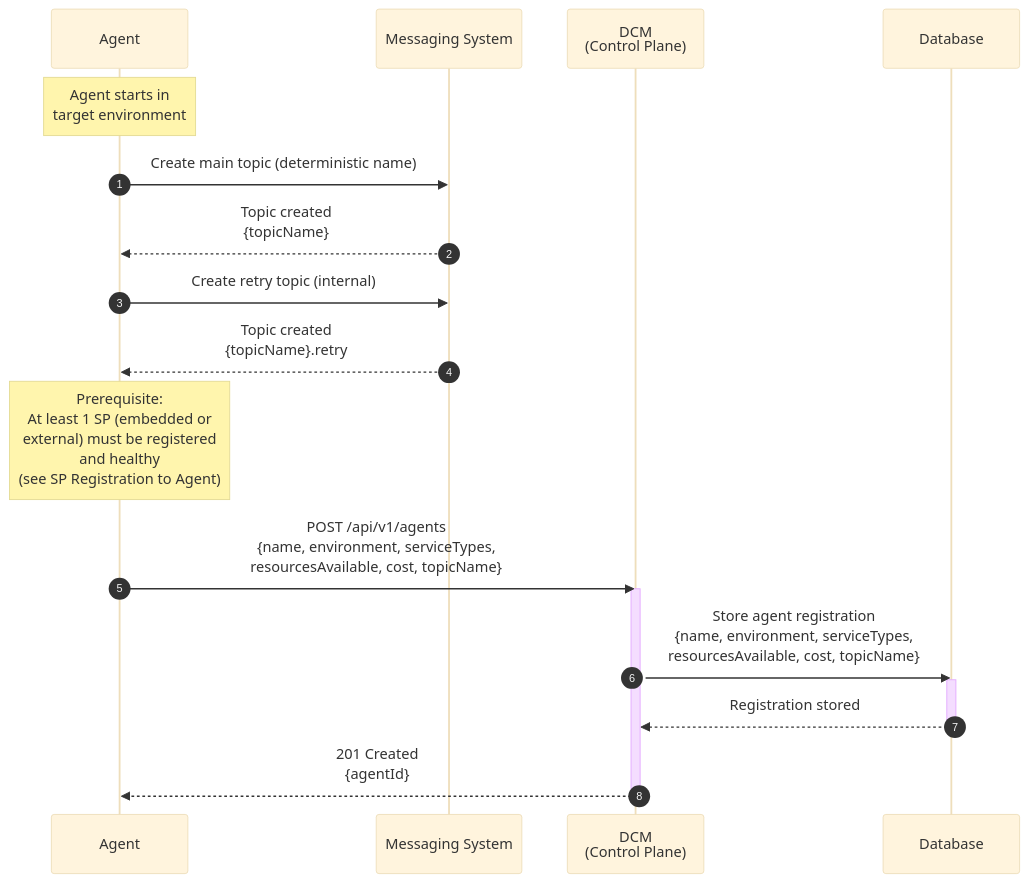
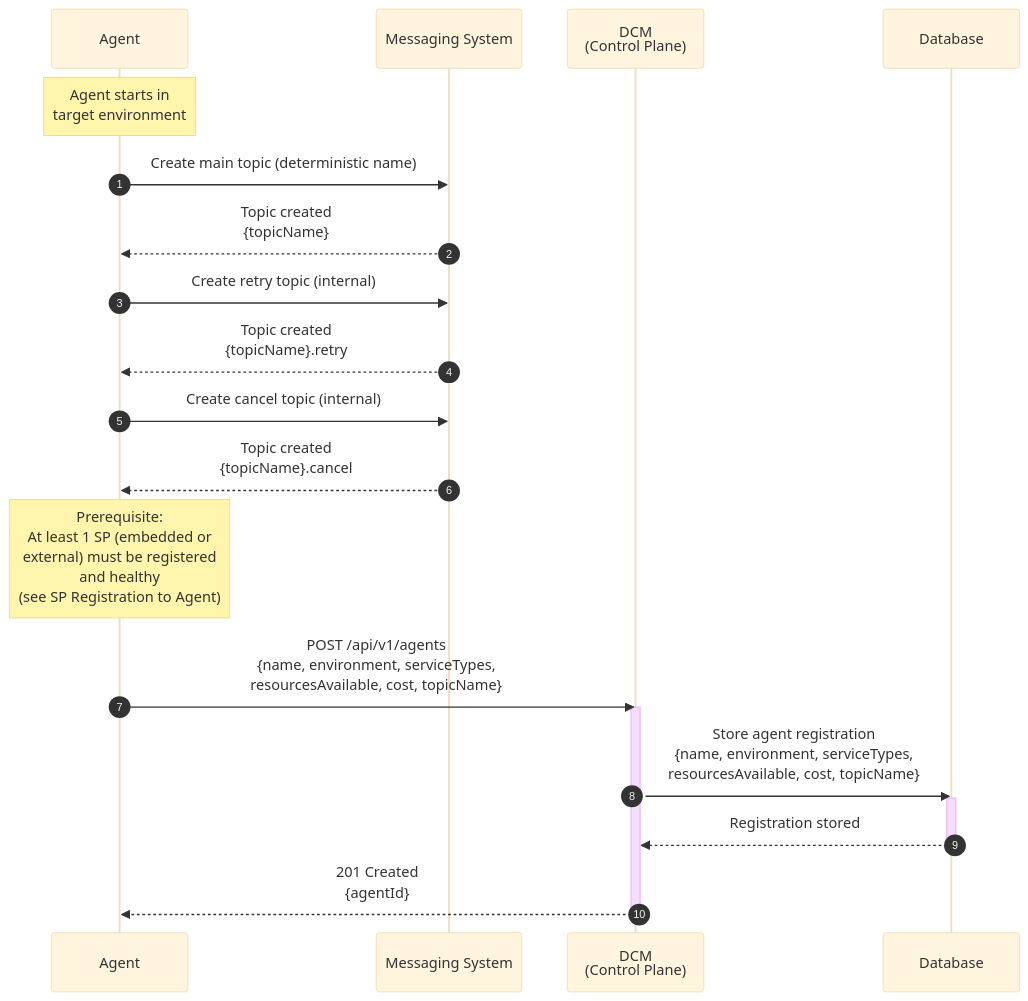
Before and after one commit to dcm-project/enhancements: the third of 7 diagrams in enhancements/environment-agent/environment-agent.md, drawn with Mermaid (base theme). The commit also changed other lines of this file and 9 other files, not shown here.

````diff
--- a/enhancements/environment-agent/environment-agent.md
+++ b/enhancements/environment-agent/environment-agent.md
@@ -504,29 +507,32 @@
 ```mermaid
 sequenceDiagram
     autonumber
     participant AG as Agent
     participant MS as Messaging System
     participant DCM as DCM<br/>(Control Plane)
     participant DB as Database
 
     Note over AG: Agent starts in<br/>target environment
 
     AG->>MS: Create main topic (deterministic name)
     MS-->>AG: Topic created<br/>{topicName}
 
     AG->>MS: Create retry topic (internal)
     MS-->>AG: Topic created<br/>{topicName}.retry
 
+    AG->>MS: Create cancel topic (internal)
+    MS-->>AG: Topic created<br/>{topicName}.cancel
+
     Note over AG: Prerequisite:<br/>At least 1 SP (embedded or<br/>external) must be registered<br/>and healthy<br/>(see SP Registration to Agent)
 
     AG->>DCM: POST /api/v1/agents<br/>{name, environment, serviceTypes,<br/>resourcesAvailable, cost, topicName}
     activate DCM
 
     DCM->>DB: Store agent registration<br/>{name, environment, serviceTypes,<br/>resourcesAvailable, cost, topicName}
     activate DB
     DB-->>DCM: Registration stored
     deactivate DB
 
     DCM-->>AG: 201 Created<br/>{agentId}
     deactivate DCM
 ```
````
